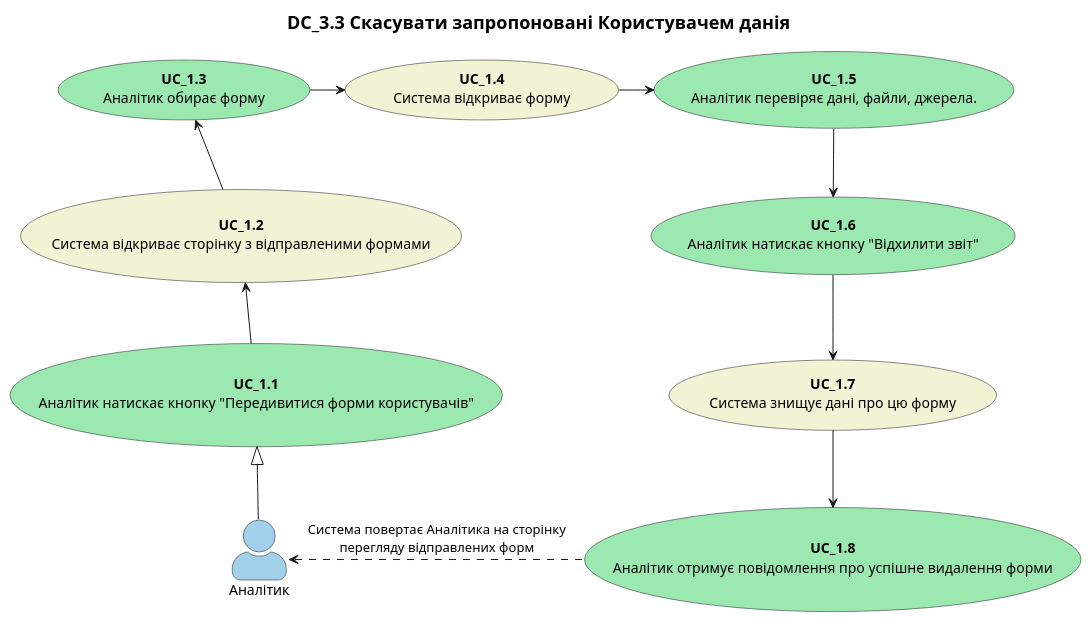
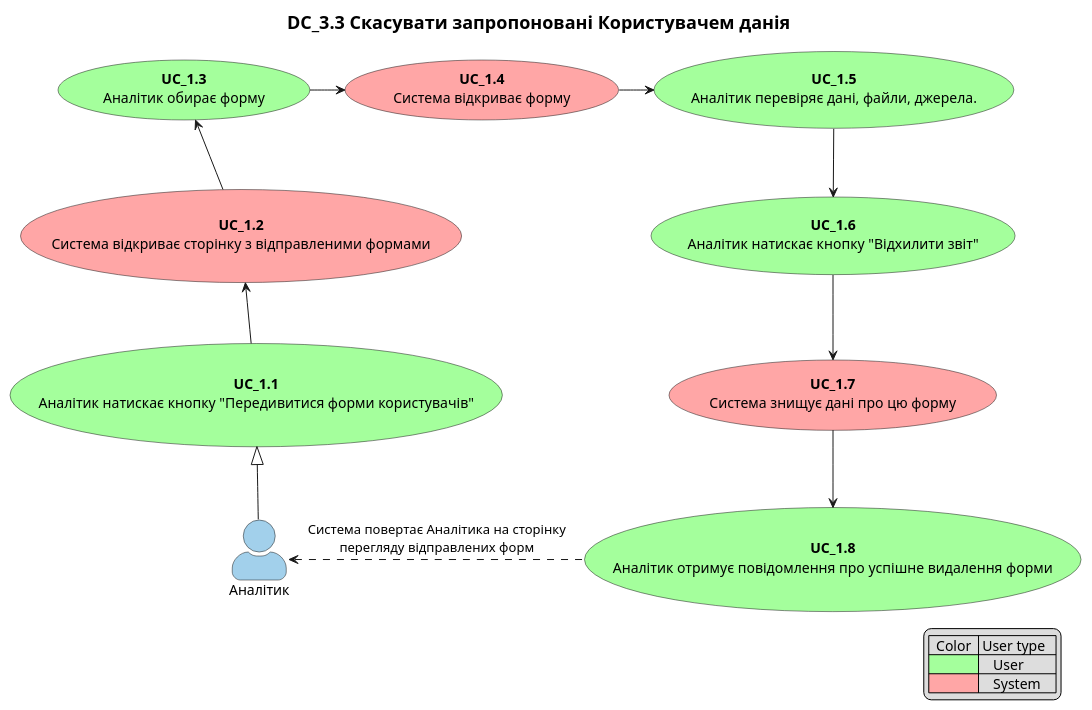
Diagram 16 of 16 in docs/use cases/README.md (YanPetrov7/DB_REST_API), drawn with PlantUML before and after one commit. The commit also changed other lines of this file, not shown here.

Commit message:
docs: use cases colors & legend

```diff
--- a/docs/use cases/README.md
+++ b/docs/use cases/README.md
@@ -821,30 +881,36 @@
 @startuml
 
     title
         <font size=18 color=black>DC_3.3 Скасувати запропоновані Користувачем данія
     end title
 
+    legend right
+    |  Color  | User type   |
+    |<#a4ff9c>|    User     |
+    |<#ffa6a6>|    System   |
+    endlegend
+
     skinparam actorStyle awesome
 
     actor "Аналітик" as User #a2d0eb
 
-    usecase "<b>UC_1.1</b>\nАналітик натискає кнопку "Передивитися форми користувачів"" as S1 #9be8b0
-    usecase "<b>UC_1.2</b>\nСистема відкриває сторінку з відправленими формами" as S2 #f2f2d5
-    usecase "<b>UC_1.3</b>\nАналітик обирає форму" as S3 #9be8b0
-    usecase "<b>UC_1.4</b>\nСистема відкриває форму" as S4 #f2f2d5
-    usecase "<b>UC_1.5</b>\nАналітик перевіряє дані, файли, джерела." as S5 #9be8b0
-    usecase "<b>UC_1.6</b>\nАналітик натискає кнопку "Відхилити звіт"" as S6 #9be8b0
-    usecase "<b>UC_1.7</b>\nСистема знищує дані про цю форму" as S7 #f2f2d5
-    usecase "<b>UC_1.8</b>\nАналітик отримує повідомлення про успішне видалення форми" as S8 #9be8b0
+    usecase "<b>UC_1.1</b>\nАналітик натискає кнопку "Передивитися форми користувачів"" as S1 #a4ff9c
+    usecase "<b>UC_1.2</b>\nСистема відкриває сторінку з відправленими формами" as S2 #ffa6a6
+    usecase "<b>UC_1.3</b>\nАналітик обирає форму" as S3 #a4ff9c
+    usecase "<b>UC_1.4</b>\nСистема відкриває форму" as S4 #ffa6a6
+    usecase "<b>UC_1.5</b>\nАналітик перевіряє дані, файли, джерела." as S5 #a4ff9c
+    usecase "<b>UC_1.6</b>\nАналітик натискає кнопку "Відхилити звіт"" as S6 #a4ff9c
+    usecase "<b>UC_1.7</b>\nСистема знищує дані про цю форму" as S7 #ffa6a6
+    usecase "<b>UC_1.8</b>\nАналітик отримує повідомлення про успішне видалення форми" as S8 #a4ff9c
 
     User -up-|> S1
     S1 -up-> S2
     S2 -up-> S3
     S3 -right-> S4
     S4 -right-> S5
     S5 -down-> S6
     S6 -down-> S7
     S7 -down-> S8
     S8 -left.> User: Система повертає Аналітика на сторінку\nперегляду відправлених форм
 
 @enduml
```
